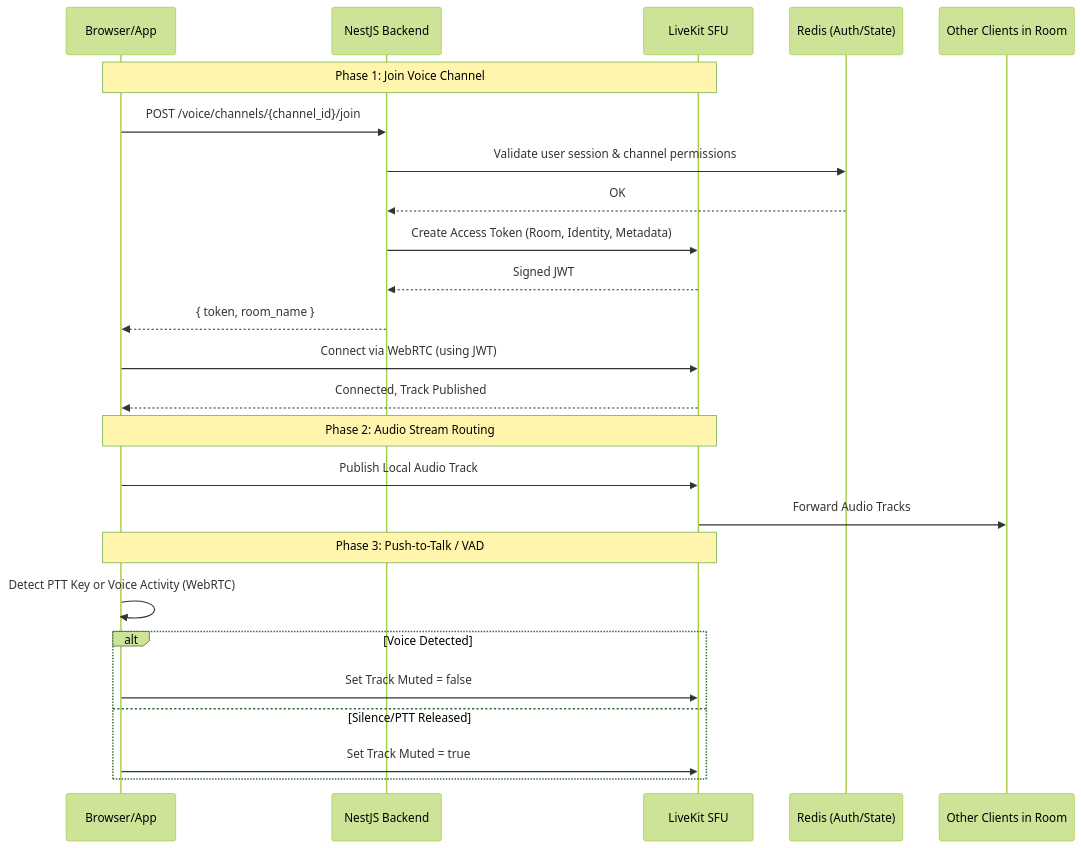
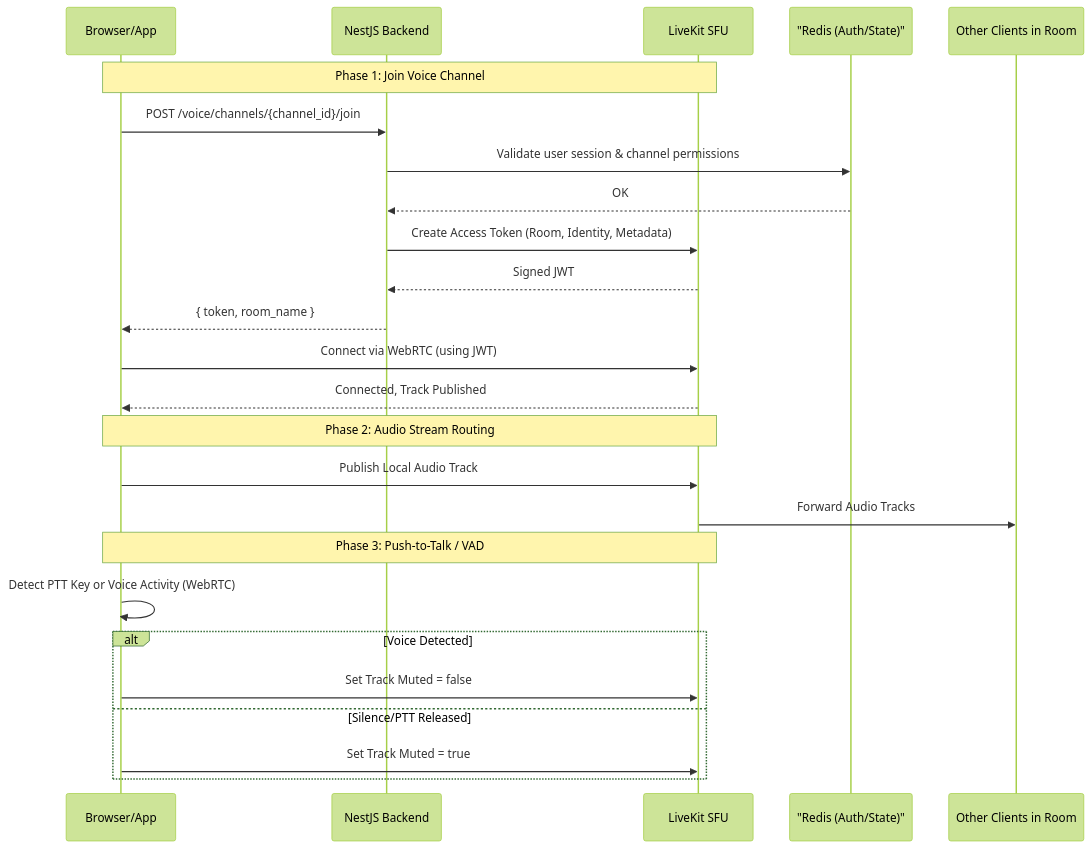
The eighth of 9 diagrams in docs/ARCHITECTURE.md (MinionEnjoyer/OpenChat), drawn with Mermaid (forest theme) before and after one commit. The commit also changed other lines of this file and 1 other file, not shown here.

First line of the commit message:
docs: fix Mermaid diagram syntax in ARCHITECTURE.md (quoted labels)

````diff
--- a/docs/ARCHITECTURE.md
+++ b/docs/ARCHITECTURE.md
@@ -802,33 +802,33 @@
 ```mermaid
 sequenceDiagram
     participant Client as Browser/App
     participant ChatAPI as NestJS Backend
     participant LiveKit as LiveKit SFU
-    participant Redis as Redis (Auth/State)
+    participant Redis as "Redis (Auth/State)"
 
     Note over Client, LiveKit: Phase 1: Join Voice Channel
     
     Client->>ChatAPI: POST /voice/channels/{channel_id}/join
     ChatAPI->>Redis: Validate user session & channel permissions
     Redis-->>ChatAPI: OK
     ChatAPI->>LiveKit: Create Access Token (Room, Identity, Metadata)
     LiveKit-->>ChatAPI: Signed JWT
     ChatAPI-->>Client: { token, room_name }
     
     Client->>LiveKit: Connect via WebRTC (using JWT)
     LiveKit-->>Client: Connected, Track Published
     
     Note over Client, LiveKit: Phase 2: Audio Stream Routing
     
     Client->>LiveKit: Publish Local Audio Track
     LiveKit->>Other Clients in Room: Forward Audio Tracks
     
     Note over Client, LiveKit: Phase 3: Push-to-Talk / VAD
     
     Client->>Client: Detect PTT Key or Voice Activity (WebRTC)
     alt Voice Detected
         Client->>LiveKit: Set Track Muted = false
     else Silence/PTT Released
         Client->>LiveKit: Set Track Muted = true
     end
 ```
````
